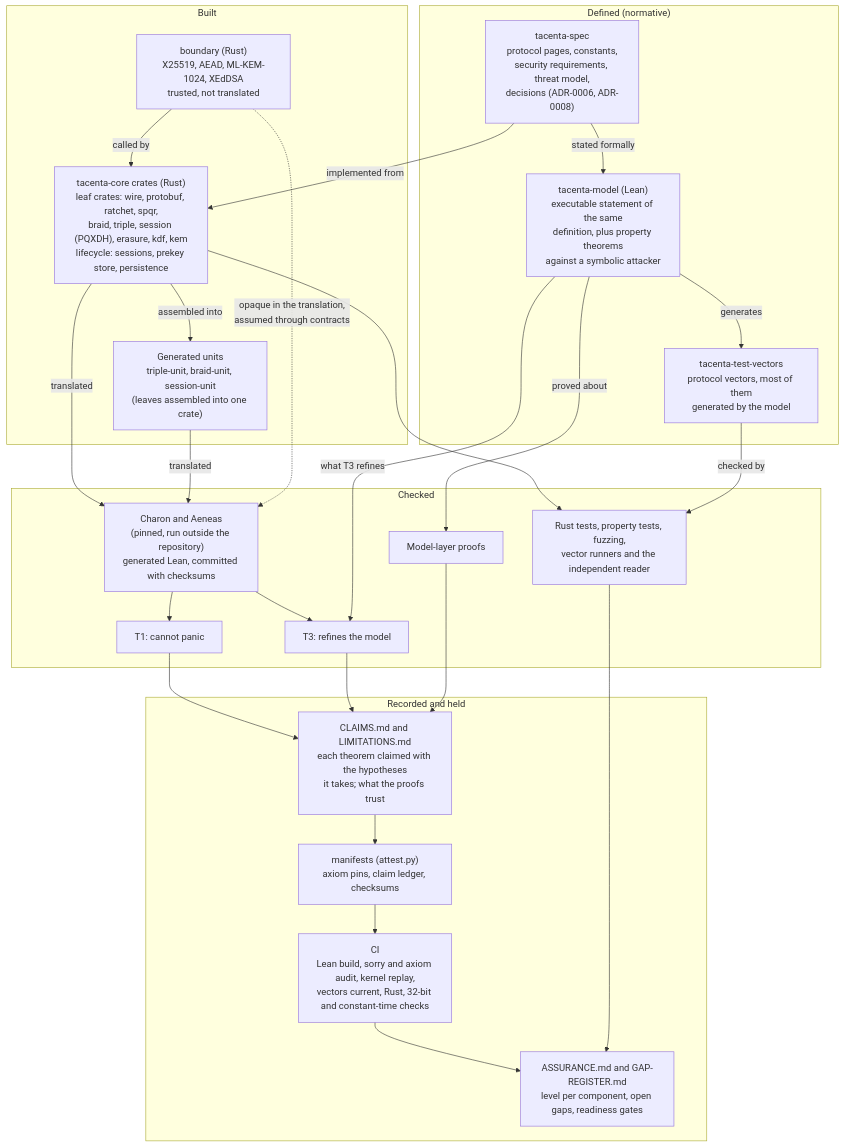
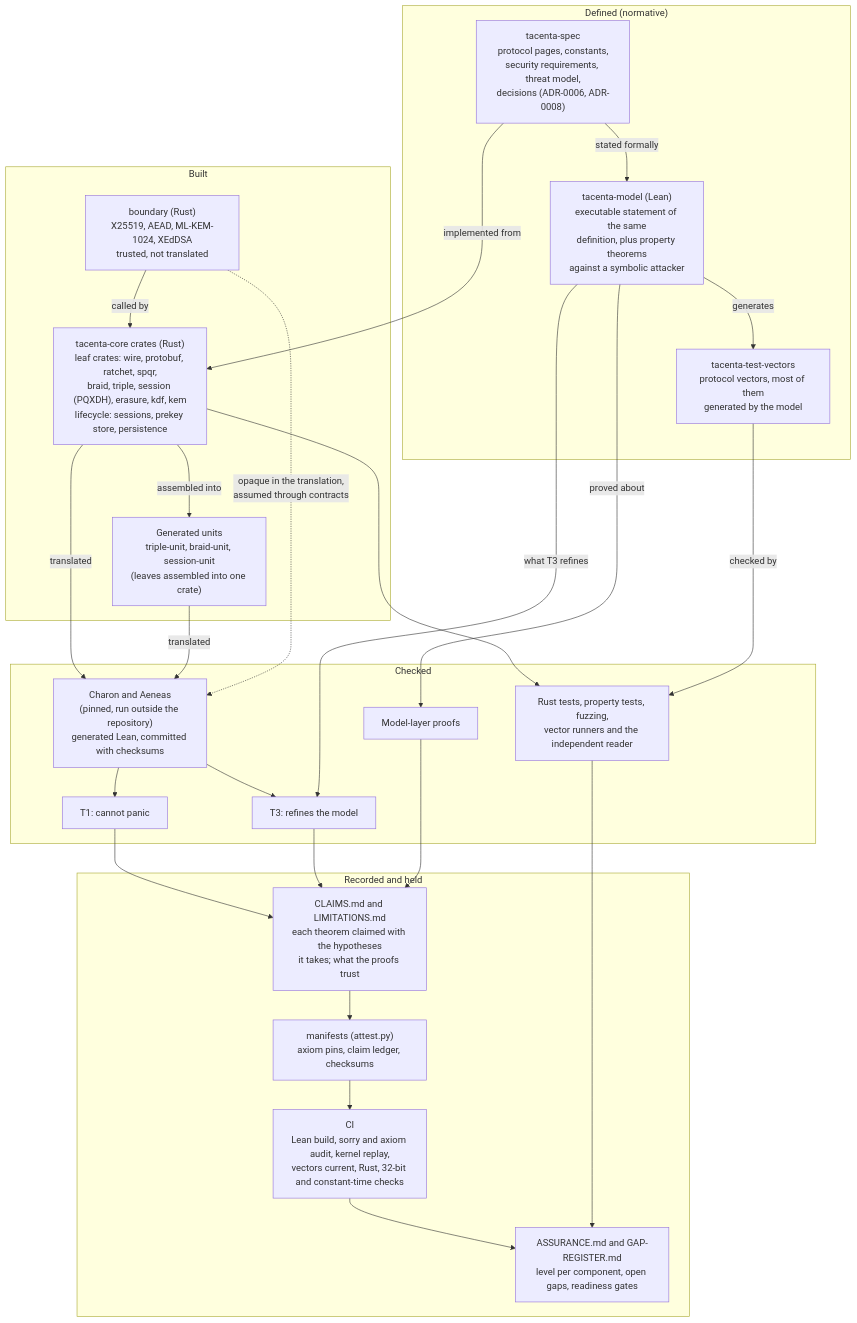
One commit to Natuvea/tacenta-core changed the diagram in README.md. Above: the diagram before and after it, drawn with Mermaid.

Commit message:
docs: place the build band under the specification in the diagram

````diff
--- a/README.md
+++ b/README.md
@@ -101,53 +101,54 @@
 ```mermaid
 flowchart TD
     subgraph DEFINE["Defined (normative)"]
         SPEC["tacenta-spec<br/>protocol pages, constants,<br/>security requirements, threat model,<br/>decisions (ADR-0006, ADR-0008)"]
         MODEL["tacenta-model (Lean)<br/>executable statement of the same<br/>definition, plus property theorems<br/>against a symbolic attacker"]
         VEC["tacenta-test-vectors<br/>protocol vectors, most of them<br/>generated by the model"]
     end
 
     subgraph BUILD["Built"]
         CRATES["tacenta-core crates (Rust)<br/>leaf crates: wire, protobuf, ratchet, spqr,<br/>braid, triple, session (PQXDH), erasure, kdf, kem<br/>lifecycle: sessions, prekey store, persistence"]
         BOUND["boundary (Rust)<br/>X25519, AEAD, ML-KEM-1024, XEdDSA<br/>trusted, not translated"]
         UNITS["Generated units<br/>triple-unit, braid-unit, session-unit<br/>(leaves assembled into one crate)"]
     end
 
     subgraph CHECK["Checked"]
         TESTS["Rust tests, property tests, fuzzing,<br/>vector runners and the independent reader"]
         TRANS["Charon and Aeneas<br/>(pinned, run outside the repository)<br/>generated Lean, committed with checksums"]
         T1["T1: cannot panic"]
         T3["T3: refines the model"]
         MPROOF["Model-layer proofs"]
     end
 
     subgraph RECORD["Recorded and held"]
         CLAIMS["CLAIMS.md and LIMITATIONS.md<br/>each theorem claimed with the hypotheses<br/>it takes; what the proofs trust"]
         MANIFEST["manifests (attest.py)<br/>axiom pins, claim ledger, checksums"]
         CI["CI<br/>Lean build, sorry and axiom audit, kernel replay,<br/>vectors current, Rust, 32-bit and constant-time checks"]
         ASSURE["ASSURANCE.md and GAP-REGISTER.md<br/>level per component, open gaps, readiness gates"]
     end
 
     SPEC -->|"stated formally"| MODEL
+    SPEC ~~~ BOUND
     SPEC -->|"implemented from"| CRATES
     MODEL -->|"generates"| VEC
     BOUND -->|"called by"| CRATES
     CRATES -->|"assembled into"| UNITS
 
     CRATES --> TESTS
     VEC -->|"checked by"| TESTS
     CRATES -->|"translated"| TRANS
     UNITS -->|"translated"| TRANS
     BOUND -. "opaque in the translation,<br/>assumed through contracts" .-> TRANS
     TRANS --> T1
     TRANS --> T3
     MODEL -->|"what T3 refines"| T3
     MODEL -->|"proved about"| MPROOF
 
     T1 --> CLAIMS
     T3 --> CLAIMS
     MPROOF --> CLAIMS
     CLAIMS --> MANIFEST
     MANIFEST --> CI
     CI --> ASSURE
     TESTS --> ASSURE
 ```
````
